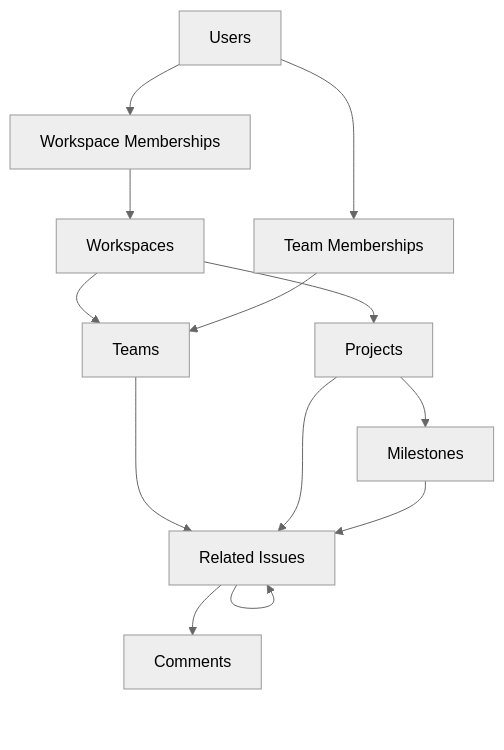
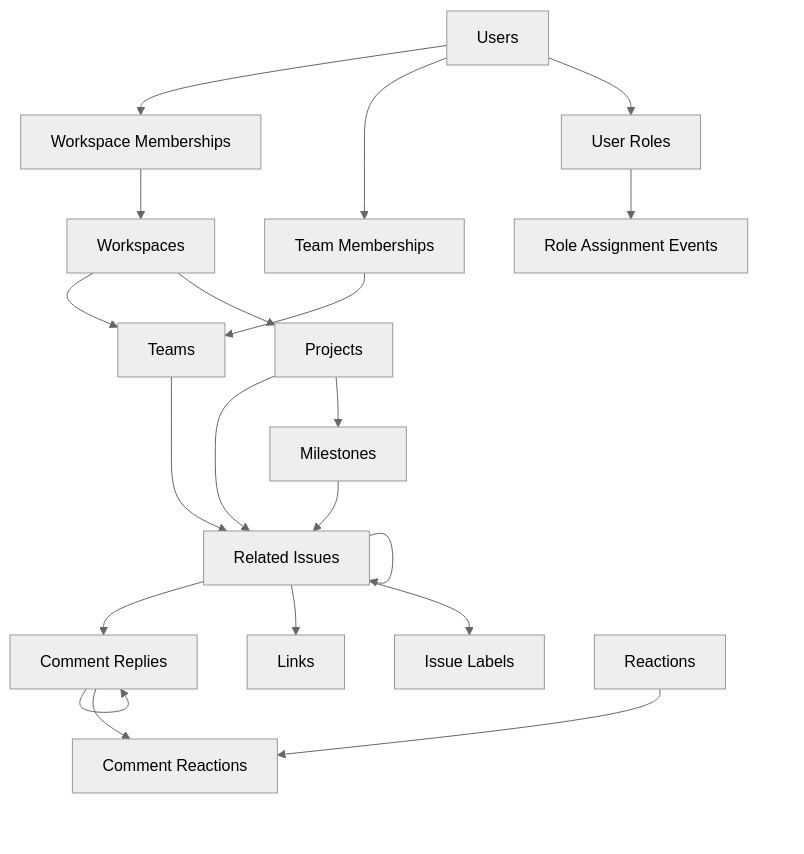
The diagram in README.md (coding-wani/database-super-josefina), drawn with Mermaid (neutral theme) before and after one commit. The commit also changed other lines of this file and 1 other file, not shown here.

````diff
--- a/README.md
+++ b/README.md
@@ -52,15 +56,22 @@
 ```mermaid
 graph TD
     W[Workspaces] --> T[Teams]
     W --> P[Projects]
     T --> I[Issues]
     P --> I
     P --> M[Milestones]
     M --> I
     I --> C[Comments]
+    I --> L[Links]
+    I --> IL[Issue Labels]
     I --> I[Related Issues]
+    C --> CR[Comment Reactions]
+    C --> C[Comment Replies]
     U[Users] --> WM[Workspace Memberships]
     U --> TM[Team Memberships]
+    U --> UR[User Roles]
+    UR --> URAE[Role Assignment Events]
     WM --> W
     TM --> T
+    R[Reactions] --> CR
 ```
````
